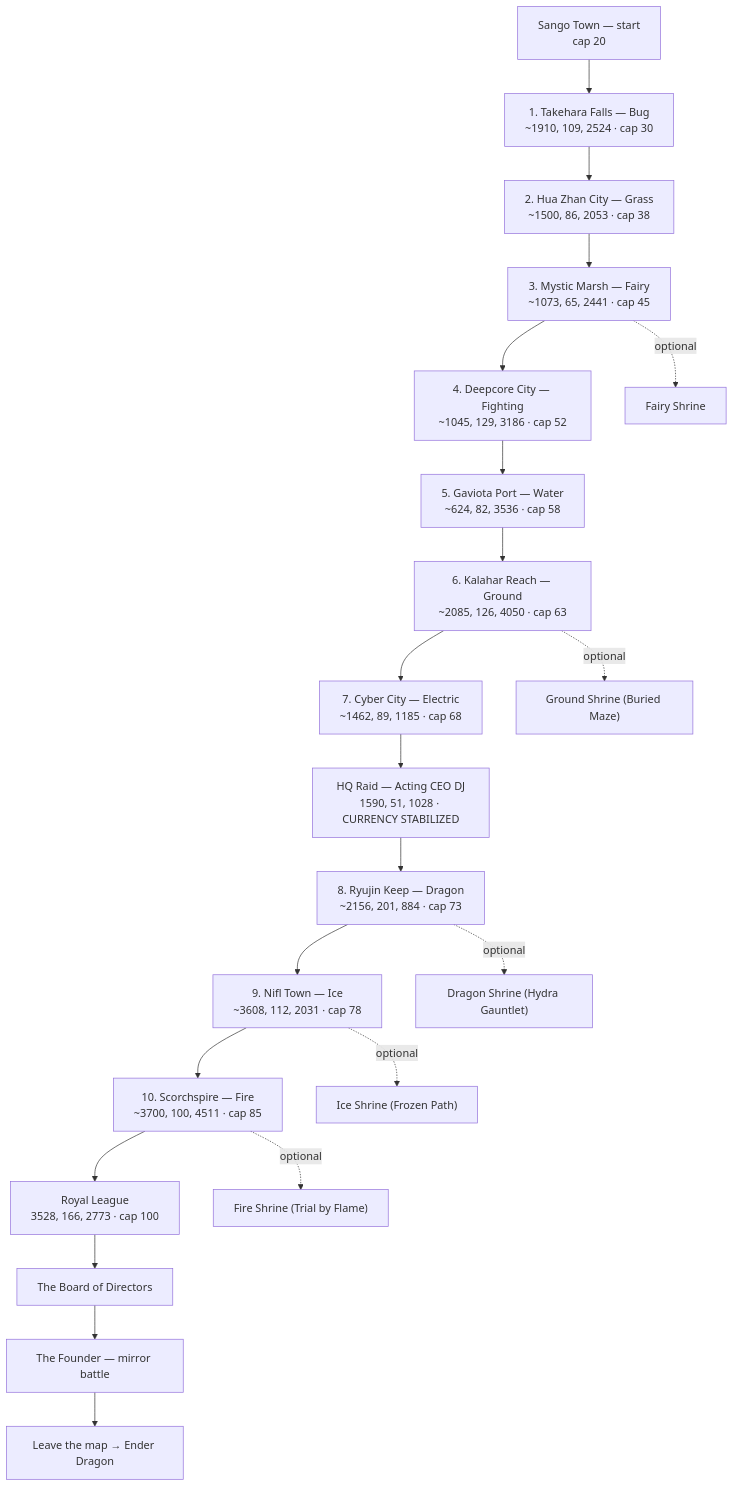
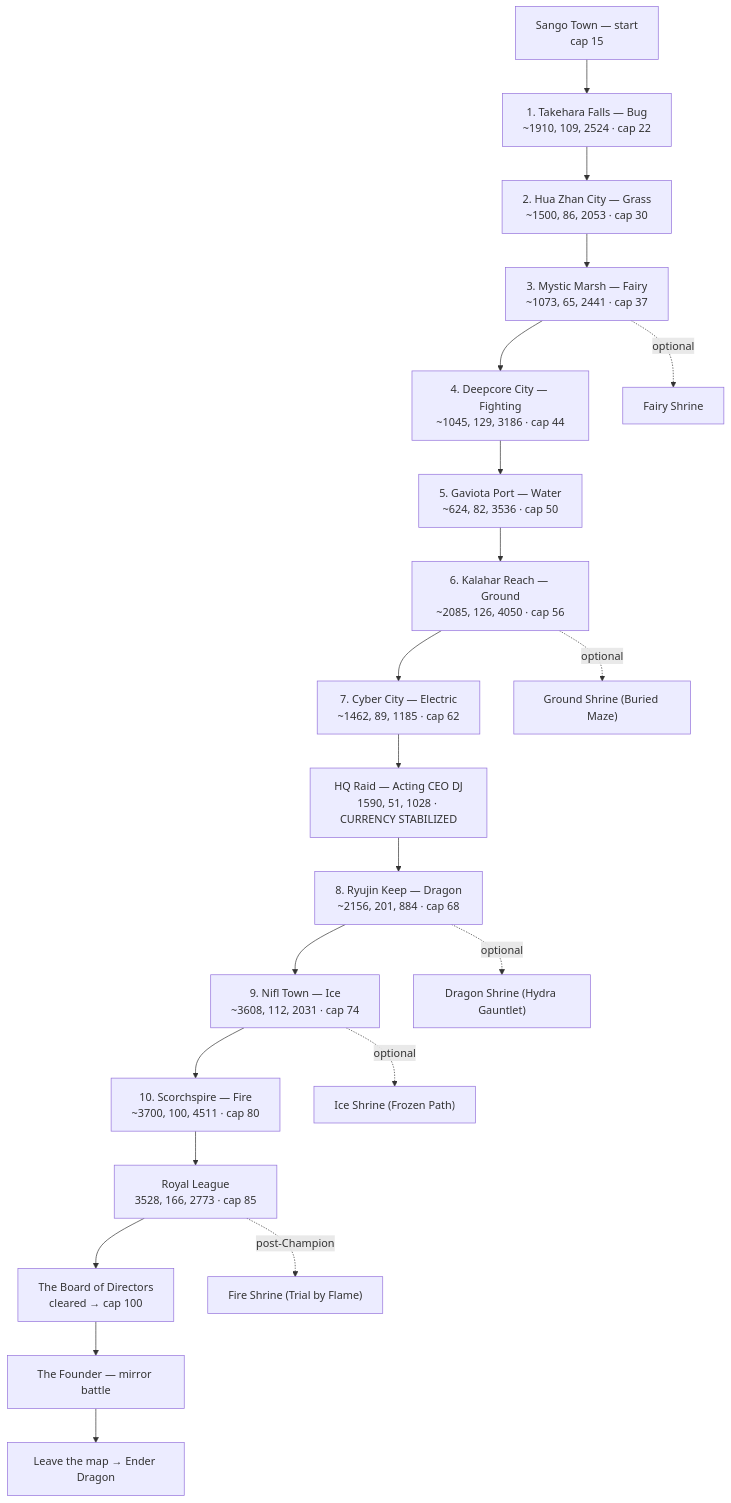
One commit to The-Company-Inc-Nerds/the-cobblemon-initiative changed the diagram in wiki/Guidebook-Route-Map.md. Above: the diagram before and after it, drawn with Mermaid. The commit also changed other lines of this file and 456 other files, not shown here.

````diff
--- a/wiki/Guidebook-Route-Map.md
+++ b/wiki/Guidebook-Route-Map.md
@@ -11,24 +14,24 @@
 ```mermaid
 flowchart TD
-  S["Sango Town — start<br/>cap 20"] --> G1["1. Takehara Falls — Bug<br/>~1910, 109, 2524 · cap 30"]
-  G1 --> G2["2. Hua Zhan City — Grass<br/>~1500, 86, 2053 · cap 38"]
-  G2 --> G3["3. Mystic Marsh — Fairy<br/>~1073, 65, 2441 · cap 45"]
-  G3 --> G4["4. Deepcore City — Fighting<br/>~1045, 129, 3186 · cap 52"]
-  G4 --> G5["5. Gaviota Port — Water<br/>~624, 82, 3536 · cap 58"]
-  G5 --> G6["6. Kalahar Reach — Ground<br/>~2085, 126, 4050 · cap 63"]
-  G6 --> G7["7. Cyber City — Electric<br/>~1462, 89, 1185 · cap 68"]
+  S["Sango Town — start<br/>cap 15"] --> G1["1. Takehara Falls — Bug<br/>~1910, 109, 2524 · cap 22"]
+  G1 --> G2["2. Hua Zhan City — Grass<br/>~1500, 86, 2053 · cap 30"]
+  G2 --> G3["3. Mystic Marsh — Fairy<br/>~1073, 65, 2441 · cap 37"]
+  G3 --> G4["4. Deepcore City — Fighting<br/>~1045, 129, 3186 · cap 44"]
+  G4 --> G5["5. Gaviota Port — Water<br/>~624, 82, 3536 · cap 50"]
+  G5 --> G6["6. Kalahar Reach — Ground<br/>~2085, 126, 4050 · cap 56"]
+  G6 --> G7["7. Cyber City — Electric<br/>~1462, 89, 1185 · cap 62"]
   G7 --> HQ["HQ Raid — Acting CEO DJ<br/>1590, 51, 1028 · CURRENCY STABILIZED"]
-  HQ --> G8["8. Ryujin Keep — Dragon<br/>~2156, 201, 884 · cap 73"]
-  G8 --> G9["9. Nifl Town — Ice<br/>~3608, 112, 2031 · cap 78"]
-  G9 --> G10["10. Scorchspire — Fire<br/>~3700, 100, 4511 · cap 85"]
-  G10 --> RL["Royal League<br/>3528, 166, 2773 · cap 100"]
-  RL --> BD["The Board of Directors"]
+  HQ --> G8["8. Ryujin Keep — Dragon<br/>~2156, 201, 884 · cap 68"]
+  G8 --> G9["9. Nifl Town — Ice<br/>~3608, 112, 2031 · cap 74"]
+  G9 --> G10["10. Scorchspire — Fire<br/>~3700, 100, 4511 · cap 80"]
+  G10 --> RL["Royal League<br/>3528, 166, 2773 · cap 85"]
+  RL --> BD["The Board of Directors<br/>cleared → cap 100"]
   BD --> FD["The Founder — mirror battle"]
   FD --> ED["Leave the map → Ender Dragon"]
 
   G3 -. "optional" .-> SF["Fairy Shrine"]
   G6 -. "optional" .-> SG["Ground Shrine (Buried Maze)"]
   G8 -. "optional" .-> SD["Dragon Shrine (Hydra Gauntlet)"]
   G9 -. "optional" .-> SI["Ice Shrine (Frozen Path)"]
-  G10 -. "optional" .-> SR["Fire Shrine (Trial by Flame)"]
+  RL -. "post-Champion" .-> SR["Fire Shrine (Trial by Flame)"]
 ```
````
